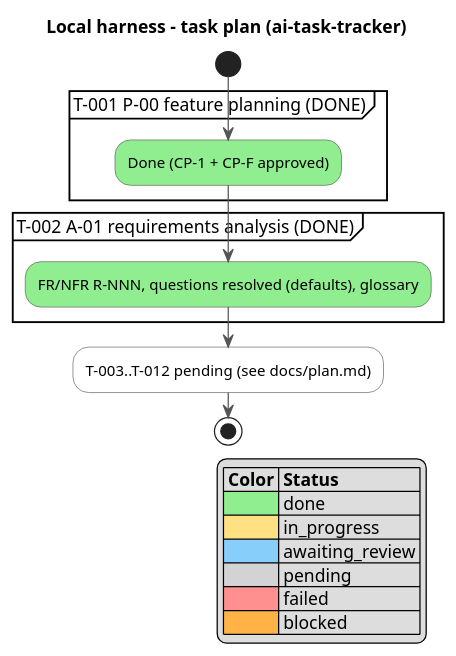
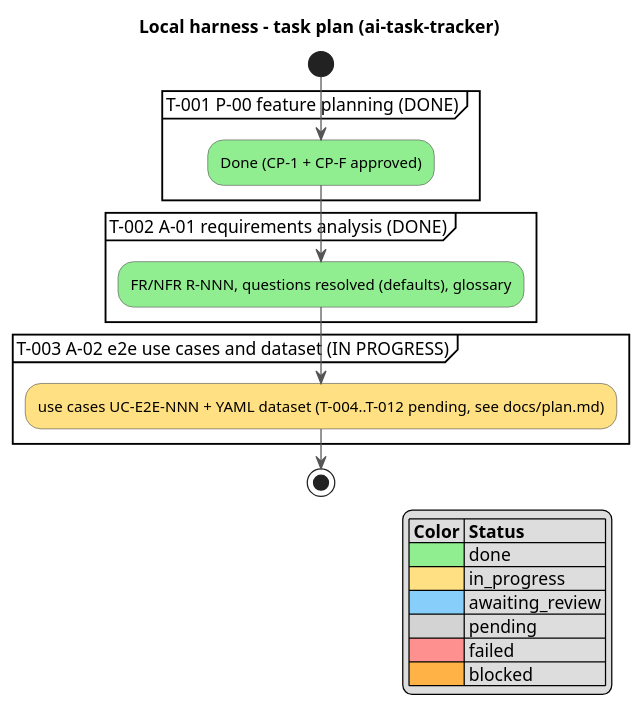
The diagram in docs/activity.puml (serge-sasov/ai-task-tracker), drawn with PlantUML before and after one commit. The commit also changed 3 other files, not shown here.

Commit message:
T-003: started (A-02 e2e use cases and dataset)

```diff
--- a/docs/activity.puml
+++ b/docs/activity.puml
@@ -1,27 +1,29 @@
 @startuml
 skinparam defaultFontName Segoe UI
 skinparam ActivityBackgroundColor #FFFFFF
 skinparam ActivityBorderColor #555555
 skinparam ArrowColor #555555
 title Local harness - task plan (ai-task-tracker)
 
 start
 partition "T-001 P-00 feature planning (DONE)" {
   #90EE90:Done (CP-1 + CP-F approved);
 }
 partition "T-002 A-01 requirements analysis (DONE)" {
   #90EE90:FR/NFR R-NNN, questions resolved (defaults), glossary;
 }
-:T-003..T-012 pending (see docs/plan.md);
+partition "T-003 A-02 e2e use cases and dataset (IN PROGRESS)" {
+  #FFE082:use cases UC-E2E-NNN + YAML dataset (T-004..T-012 pending, see docs/plan.md);
+}
 stop
 
 legend right
  |= Color |= Status |
  |<#90EE90>| done |
  |<#FFE082>| in_progress |
  |<#87CEFA>| awaiting_review |
  |<#D3D3D3>| pending |
  |<#FF9090>| failed |
  |<#FFB347>| blocked |
 endlegend
 @enduml
```
